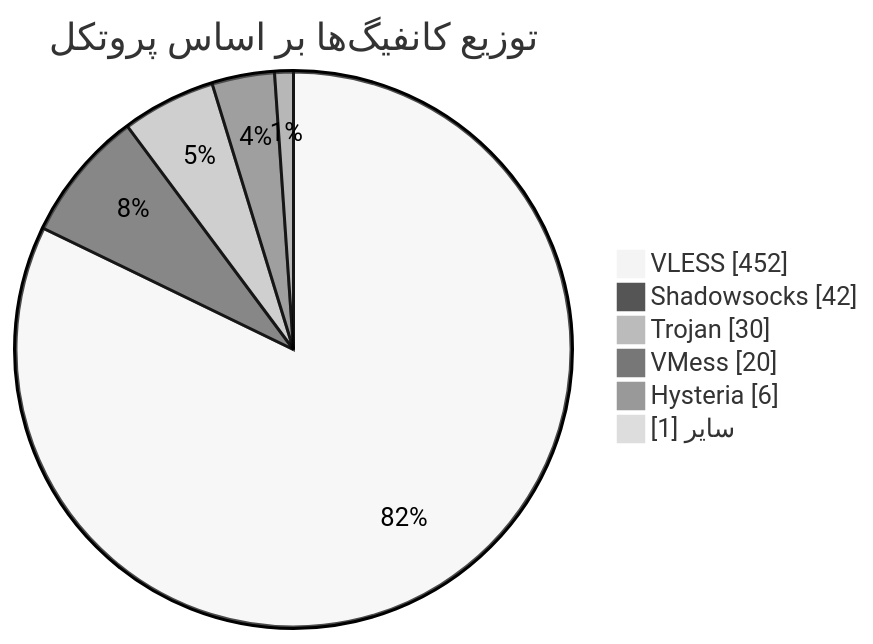
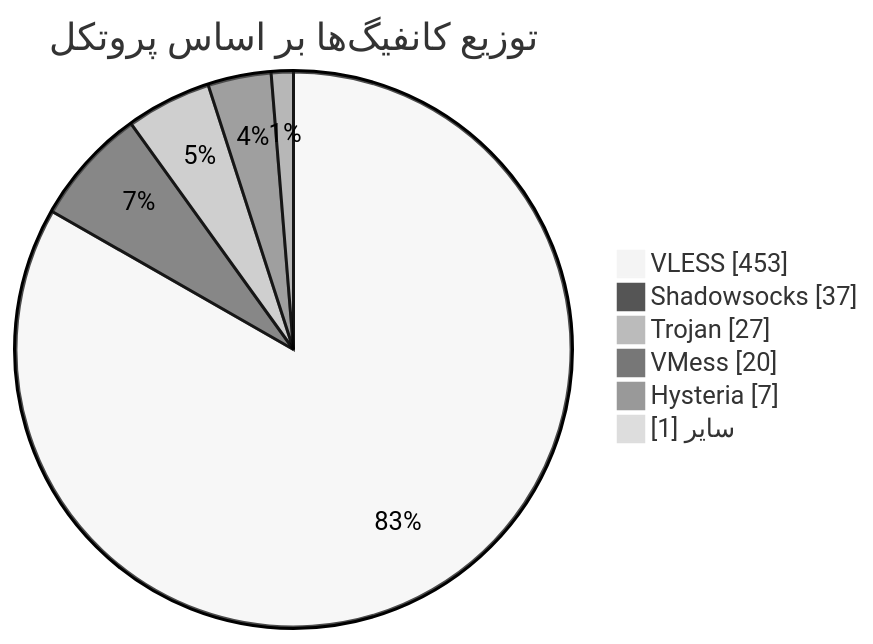
One commit to Arian-Alijani/Somthing changed the diagram in README.md. Above: the diagram before and after it, drawn with Mermaid (neutral theme). The commit also changed other lines of this file and 81 other files, not shown here.

````diff
--- a/README.md
+++ b/README.md
@@ -48,10 +48,10 @@
 ```mermaid
 pie showData
     title توزیع کانفیگ‌ها بر اساس پروتکل
-    "VLESS" : 452
-    "Shadowsocks" : 42
-    "Trojan" : 30
+    "VLESS" : 453
+    "Shadowsocks" : 37
+    "Trojan" : 27
     "VMess" : 20
-    "Hysteria" : 6
+    "Hysteria" : 7
     "سایر" : 1
 ```
````
